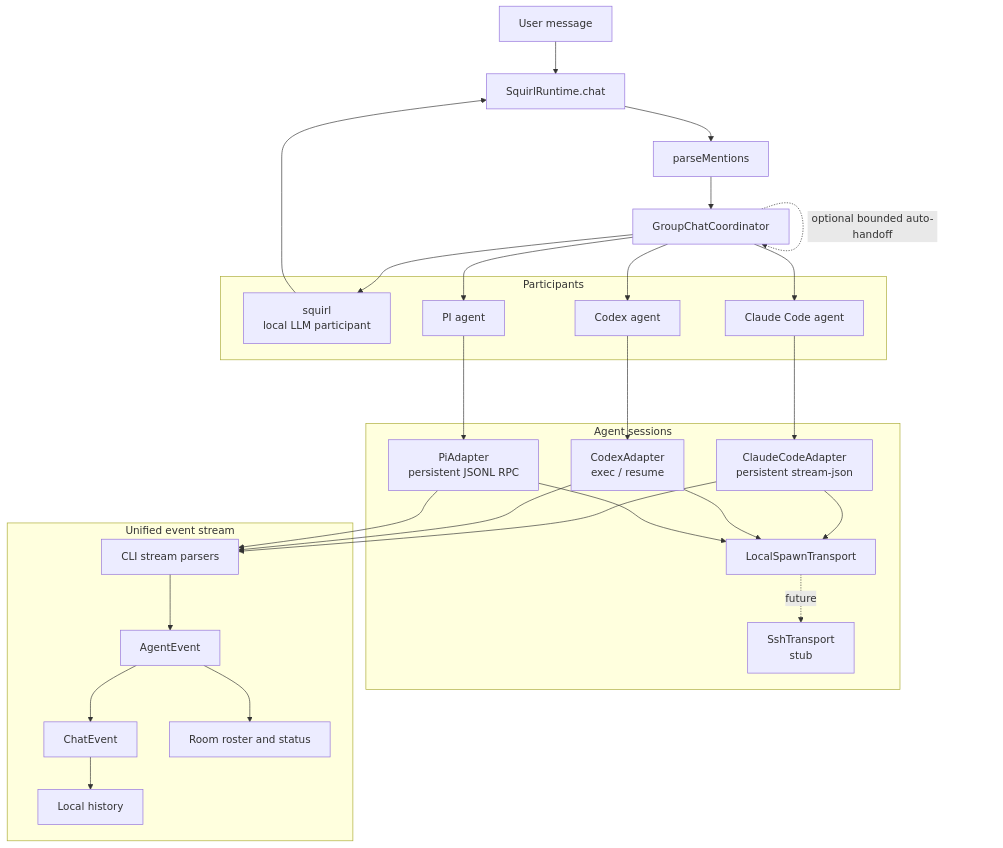
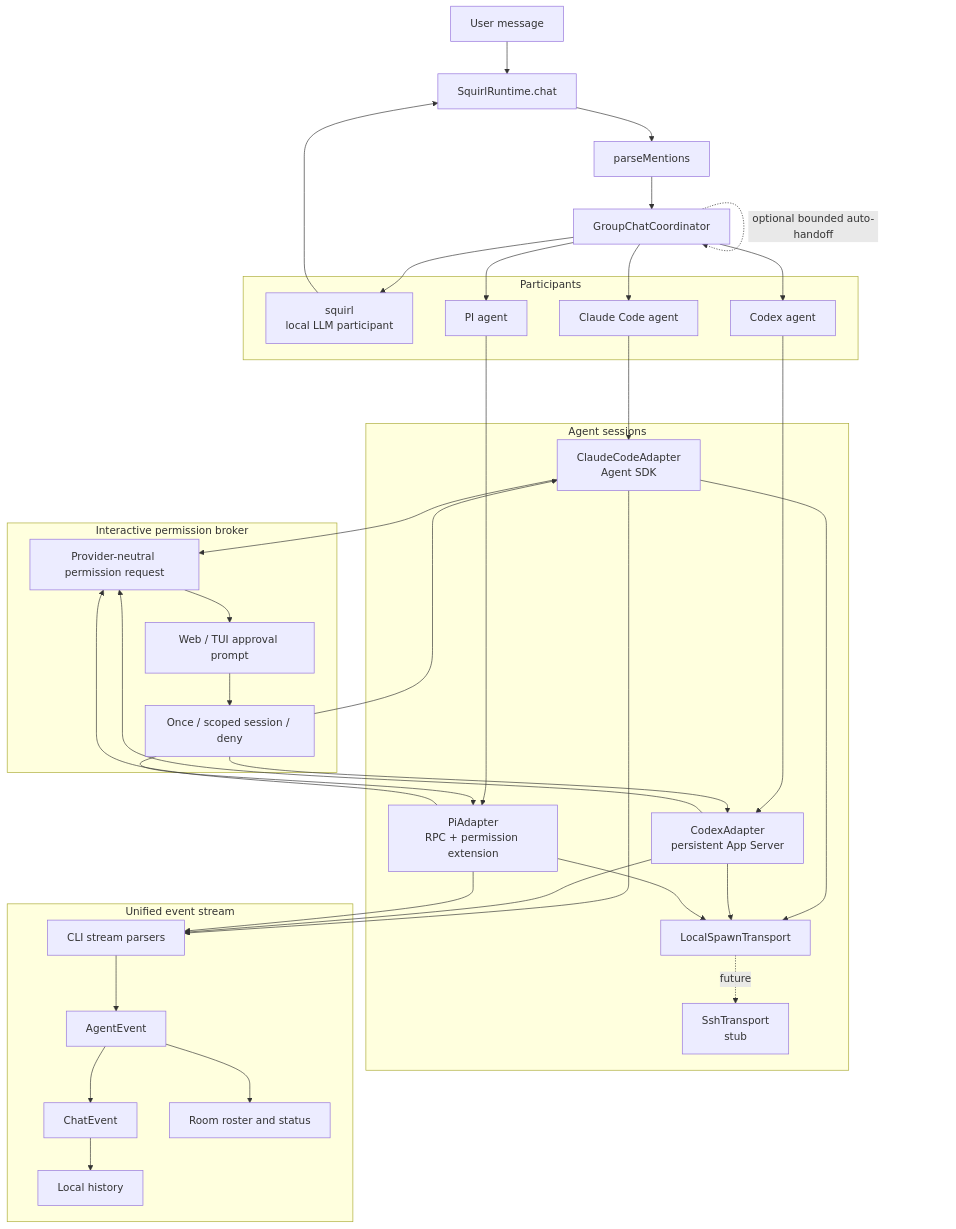
One commit to chrisdobler/squirl changed the diagram in docs/architecture/multi-agent-room.md. Above: the diagram before and after it, drawn with Mermaid. The commit also changed other lines of this file and 29 other files, not shown here.

Commit message:
feat: add interactive agent permission approvals

````diff
--- a/docs/architecture/multi-agent-room.md
+++ b/docs/architecture/multi-agent-room.md
@@ -12,56 +12,69 @@
 ```mermaid
 flowchart TB
   user["User message"]
   mentions["parseMentions"]
   runtime["SquirlRuntime.chat"]
   coordinator["GroupChatCoordinator"]
 
   subgraph participants["Participants"]
     squirl["squirl\nlocal LLM participant"]
     claude["Claude Code agent"]
     codex["Codex agent"]
     pi["PI agent"]
   end
 
   subgraph sessions["Agent sessions"]
-    claudeAdapter["ClaudeCodeAdapter\npersistent stream-json"]
-    codexAdapter["CodexAdapter\nexec / resume"]
-    piAdapter["PiAdapter\npersistent JSONL RPC"]
+    claudeAdapter["ClaudeCodeAdapter\nAgent SDK"]
+    codexAdapter["CodexAdapter\npersistent App Server"]
+    piAdapter["PiAdapter\nRPC + permission extension"]
     transport["LocalSpawnTransport"]
     ssh["SshTransport\nstub"]
+  end
+
+  subgraph approvals["Interactive permission broker"]
+    prompt["Provider-neutral permission request"]
+    frontend["Web / TUI approval prompt"]
+    decision["Once / scoped session / deny"]
   end
 
   subgraph events["Unified event stream"]
     parser["CLI stream parsers"]
     agentEvents["AgentEvent"]
     chatEvents["ChatEvent"]
     roster["Room roster and status"]
     history["Local history"]
   end
 
   user --> runtime --> mentions
   mentions --> coordinator
   coordinator --> squirl
   coordinator --> claude
   coordinator --> codex
   coordinator --> pi
 
   squirl --> runtime
   claude --> claudeAdapter
   codex --> codexAdapter
   pi --> piAdapter
   claudeAdapter --> transport
   codexAdapter --> transport
   piAdapter --> transport
   transport -. future .-> ssh
 
   claudeAdapter --> parser
   codexAdapter --> parser
   piAdapter --> parser
   parser --> agentEvents
   agentEvents --> chatEvents
   agentEvents --> roster
   chatEvents --> history
+  claudeAdapter --> prompt
+  codexAdapter --> prompt
+  piAdapter --> prompt
+  prompt --> frontend --> decision
+  decision --> claudeAdapter
+  decision --> codexAdapter
+  decision --> piAdapter
 
   coordinator -.optional bounded auto-handoff.-> coordinator
 ```
````
